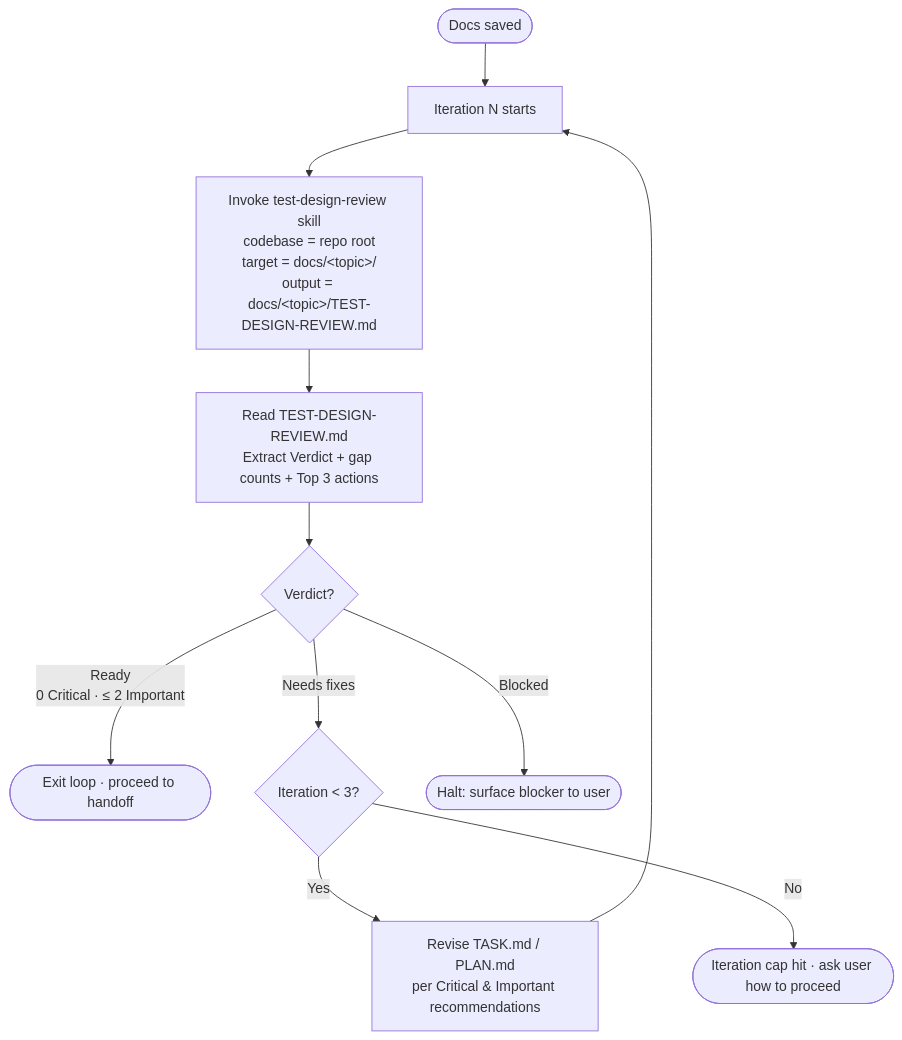
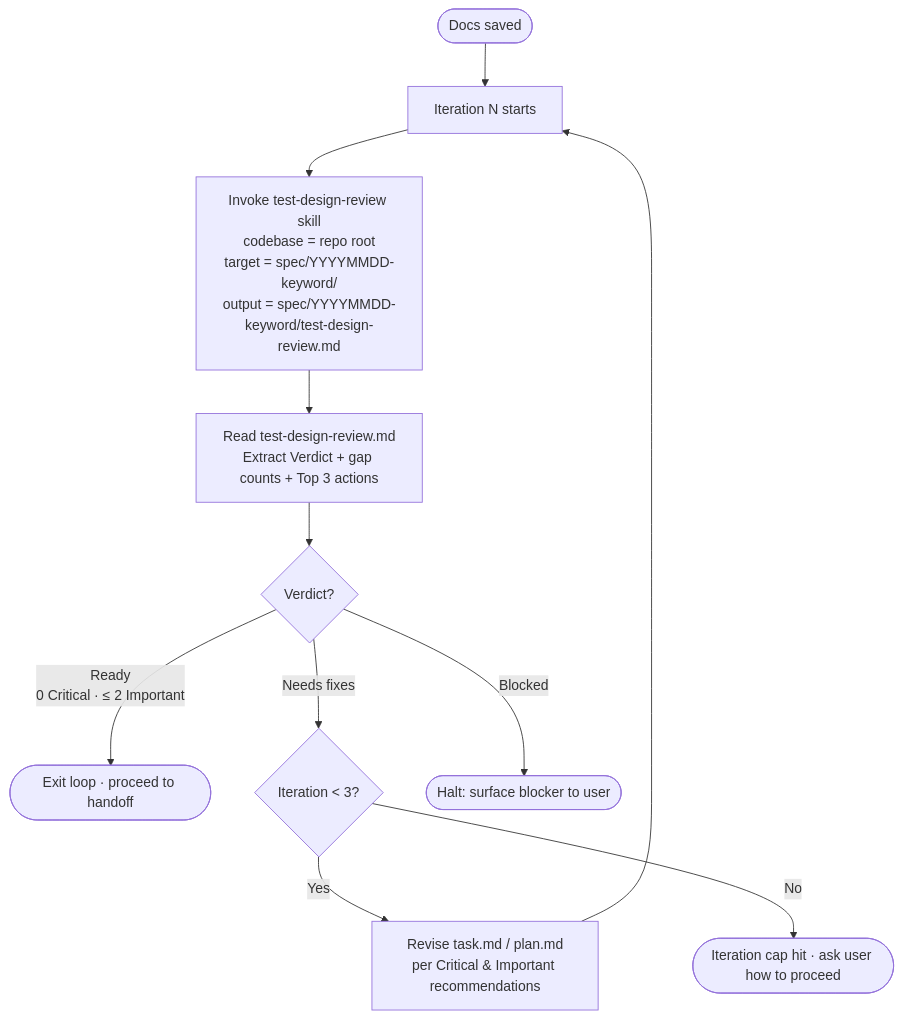
The second of 2 diagrams in .claude/skills/planning/SKILL.md (KiSae-Lee/agentic-workflow), drawn with Mermaid before and after one commit. The commit also changed other lines of this file and 15 other files, not shown here.

````diff
--- a/.claude/skills/planning/SKILL.md
+++ b/.claude/skills/planning/SKILL.md
@@ -204,13 +246,13 @@
 ```mermaid
 flowchart TD
     Start([Docs saved]) --> Iter[Iteration N starts]
-    Iter --> Invoke[Invoke test-design-review skill<br/>codebase = repo root<br/>target = docs/&lt;topic&gt;/<br/>output = docs/&lt;topic&gt;/TEST-DESIGN-REVIEW.md]
-    Invoke --> Read[Read TEST-DESIGN-REVIEW.md<br/>Extract Verdict + gap counts + Top 3 actions]
+    Iter --> Invoke[Invoke test-design-review skill<br/>codebase = repo root<br/>target = spec/YYYYMMDD-keyword/<br/>output = spec/YYYYMMDD-keyword/test-design-review.md]
+    Invoke --> Read[Read test-design-review.md<br/>Extract Verdict + gap counts + Top 3 actions]
     Read --> Decide{Verdict?}
     Decide -->|Ready<br/>0 Critical · ≤ 2 Important| Done([Exit loop · proceed to handoff])
     Decide -->|Needs fixes| Cap{Iteration < 3?}
     Decide -->|Blocked| Halt([Halt: surface blocker to user])
-    Cap -->|Yes| Revise[Revise TASK.md / PLAN.md<br/>per Critical & Important recommendations]
+    Cap -->|Yes| Revise[Revise task.md / plan.md<br/>per Critical & Important recommendations]
     Cap -->|No| Escalate([Iteration cap hit · ask user how to proceed])
     Revise --> Iter
 ```
````
